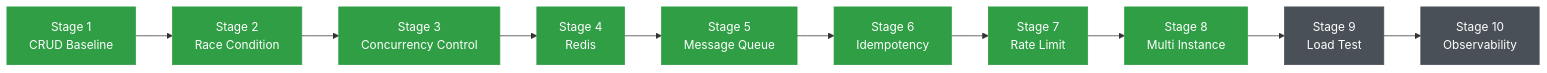
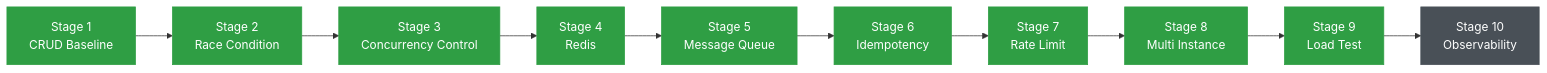
One commit to kaikaizhen/High-Concurrency-Flash-Sale-System changed the first of 8 diagrams in README.md. Above: the diagram before and after it, drawn with Mermaid. The commit also changed other lines of this file and 13 other files, not shown here.

````diff
--- a/README.md
+++ b/README.md
@@ -31,17 +31,17 @@
 ```mermaid
 flowchart LR
     S1["Stage 1<br/>CRUD Baseline"] --> S2["Stage 2<br/>Race Condition"]
     S2 --> S3["Stage 3<br/>Concurrency Control"]
     S3 --> S4["Stage 4<br/>Redis"]
     S4 --> S5["Stage 5<br/>Message Queue"]
     S5 --> S6["Stage 6<br/>Idempotency"]
     S6 --> S7["Stage 7<br/>Rate Limit"]
     S7 --> S8["Stage 8<br/>Multi Instance"]
     S8 --> S9["Stage 9<br/>Load Test"]
     S9 --> S10["Stage 10<br/>Observability"]
 
     classDef done fill:#2f9e44,stroke:#2f9e44,color:#fff
     classDef todo fill:#495057,stroke:#495057,color:#fff
-    class S1,S2,S3,S4,S5,S6,S7,S8 done
-    class S9,S10 todo
+    class S1,S2,S3,S4,S5,S6,S7,S8,S9 done
+    class S10 todo
 ```
````
